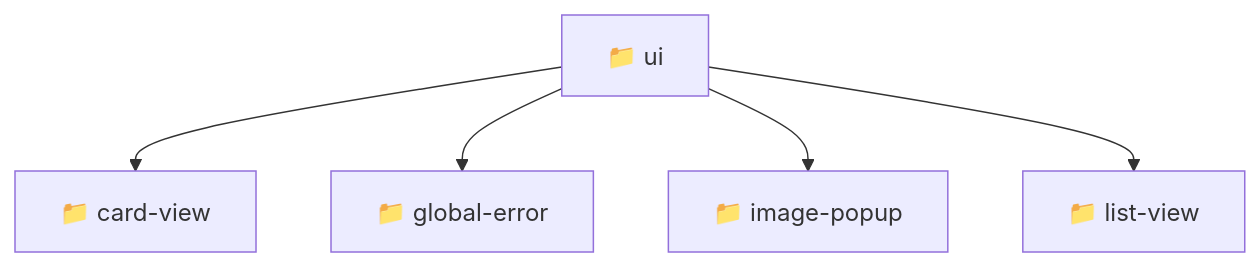
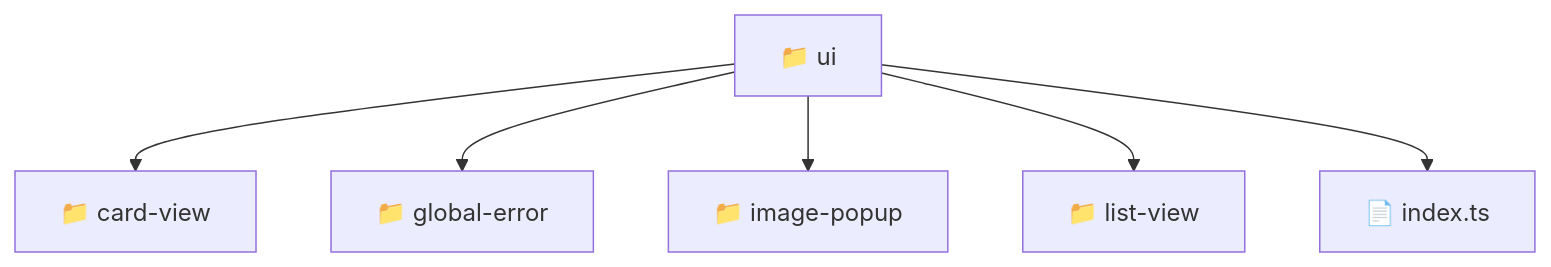
Before and after one commit to beginwebdev2002/fullstack-mavluda: the diagram in frontend/src/shared/ui/README.md, drawn with Mermaid. The commit also changed other lines of this file and 157 other files, not shown here.

````diff
--- a/frontend/src/shared/ui/README.md
+++ b/frontend/src/shared/ui/README.md
@@ -10,8 +11,9 @@
 ```mermaid
 graph TD
   Root["📁 ui"]
-  Root --> cardview["📁 card-view"]
-  Root --> globalerror["📁 global-error"]
-  Root --> imagepopup["📁 image-popup"]
-  Root --> listview["📁 list-view"]
+  Root --> card-view["📁 card-view"]
+  Root --> global-error["📁 global-error"]
+  Root --> image-popup["📁 image-popup"]
+  Root --> list-view["📁 list-view"]
+  Root --> index_ts["📄 index.ts"]
 ```
````
